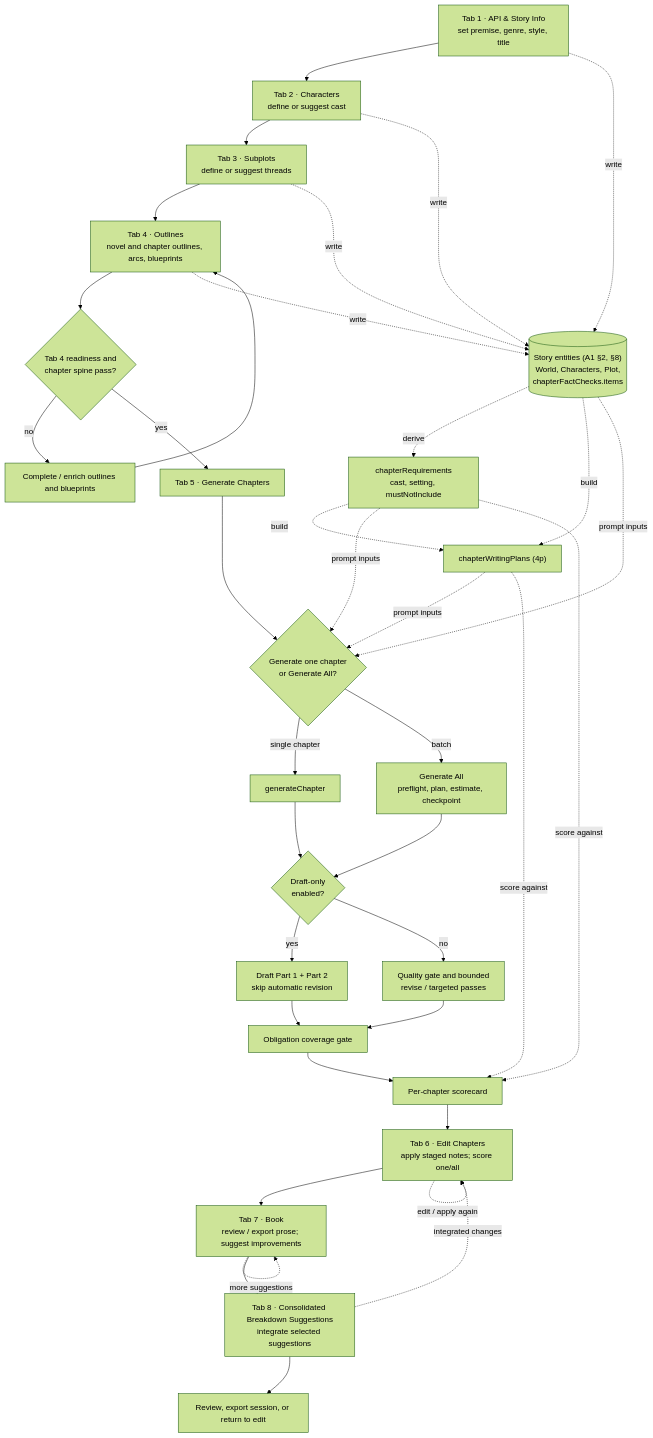
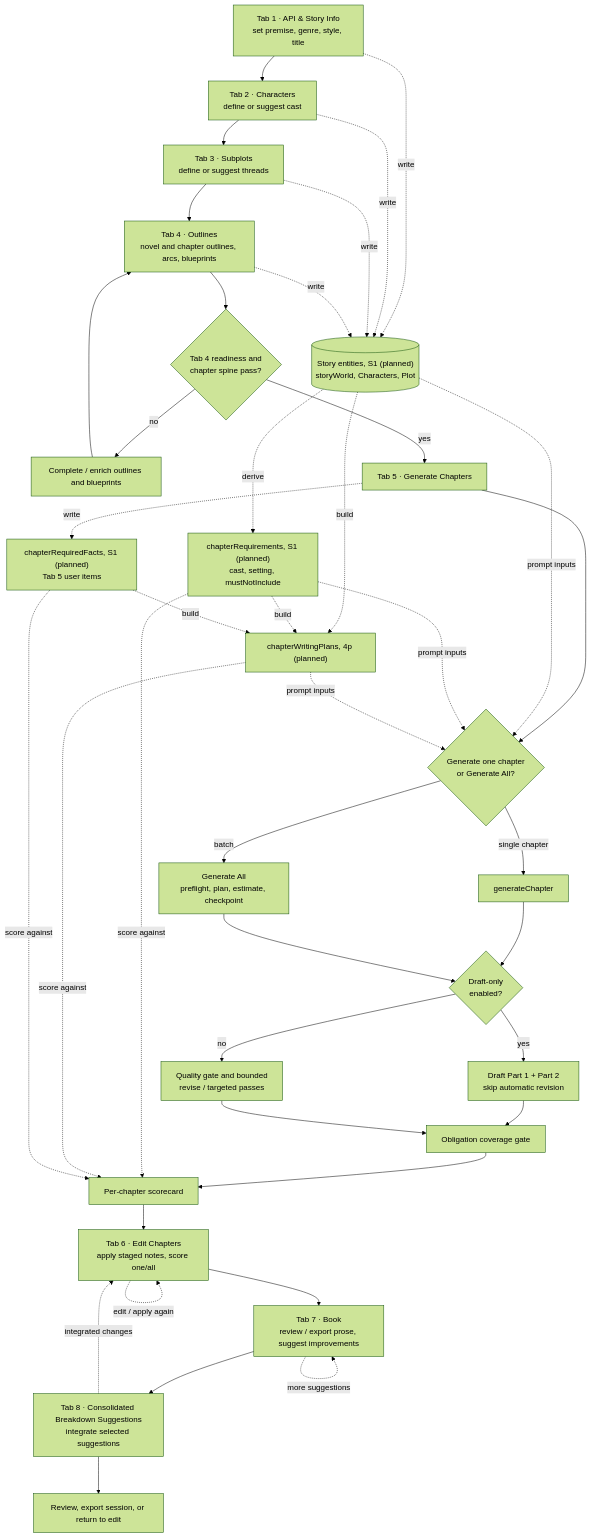
One commit to bnorth12/AI-Book-Tools changed the first of 8 diagrams in NovelWriter/docs/ARCHITECTURE.md. Above: the diagram before and after it, drawn with Mermaid (forest theme). The commit also changed other lines of this file, not shown here.

Commit message:
A1 docs: ARCHITECTURE.md v4 (Reviewer must-fixes: chapterRequiredFacts, storyWorld, migrate on checkpoint restore, per-field owners)

````diff
--- a/NovelWriter/docs/ARCHITECTURE.md
+++ b/NovelWriter/docs/ARCHITECTURE.md
@@ -41,44 +43,47 @@
 ```mermaid
 flowchart TD
     T1["Tab 1 · API & Story Info<br/>set premise, genre, style, title"]
     T2["Tab 2 · Characters<br/>define or suggest cast"]
     T3["Tab 3 · Subplots<br/>define or suggest threads"]
     T4["Tab 4 · Outlines<br/>novel and chapter outlines, arcs, blueprints"]
     READY{"Tab 4 readiness and<br/>chapter spine pass?"}
     FIX["Complete / enrich outlines and blueprints"]
     T5["Tab 5 · Generate Chapters"]
     MODE{"Generate one chapter<br/>or Generate All?"}
     ONE["generateChapter"]
     ALL["Generate All<br/>preflight, plan, estimate, checkpoint"]
     DRAFT{"Draft-only<br/>enabled?"}
     DRAFTGEN["Draft Part 1 + Part 2<br/>skip automatic revision"]
     QG["Quality gate and bounded<br/>revise / targeted passes"]
     COVER["Obligation coverage gate"]
     SCORE["Per-chapter scorecard"]
-    T6["Tab 6 · Edit Chapters<br/>apply staged notes; score one/all"]
-    T7["Tab 7 · Book<br/>review / export prose; suggest improvements"]
+    T6["Tab 6 · Edit Chapters<br/>apply staged notes, score one/all"]
+    T7["Tab 7 · Book<br/>review / export prose, suggest improvements"]
     T8["Tab 8 · Consolidated Breakdown Suggestions<br/>integrate selected suggestions"]
     END["Review, export session, or return to edit"]
-    STORY[("Story entities (A1 §2, §8)<br/>World, Characters, Plot,<br/>chapterFactChecks.items")]
-    REQ["chapterRequirements<br/>cast, setting, mustNotInclude"]
-    PLAN["chapterWritingPlans (4p)"]
+    STORY[("Story entities, S1 (planned)<br/>storyWorld, Characters, Plot")]
+    RF["chapterRequiredFacts, S1 (planned)<br/>Tab 5 user items"]
+    REQ["chapterRequirements, S1 (planned)<br/>cast, setting, mustNotInclude"]
+    PLAN["chapterWritingPlans, 4p (planned)"]
 
     T1 --> T2 --> T3 --> T4 --> READY
     READY -- no --> FIX --> T4
     READY -- yes --> T5 --> MODE
     MODE -- single chapter --> ONE --> DRAFT
     MODE -- batch --> ALL --> DRAFT
     DRAFT -- yes --> DRAFTGEN --> COVER
     DRAFT -- no --> QG --> COVER
     COVER --> SCORE --> T6
     T6 --> T7 --> T8 --> END
     T6 -. edit / apply again .-> T6
     T7 -. more suggestions .-> T7
     T8 -. integrated changes .-> T6
     T1 & T2 & T3 & T4 -. write .-> STORY
+    T5 -. write .-> RF
     STORY -. derive .-> REQ
     STORY -. build .-> PLAN
     REQ -. build .-> PLAN
     STORY & REQ & PLAN -. prompt inputs .-> MODE
-    REQ & PLAN -. score against .-> SCORE
+    RF -. build .-> PLAN
+    REQ & PLAN & RF -. score against .-> SCORE
 ```
````
